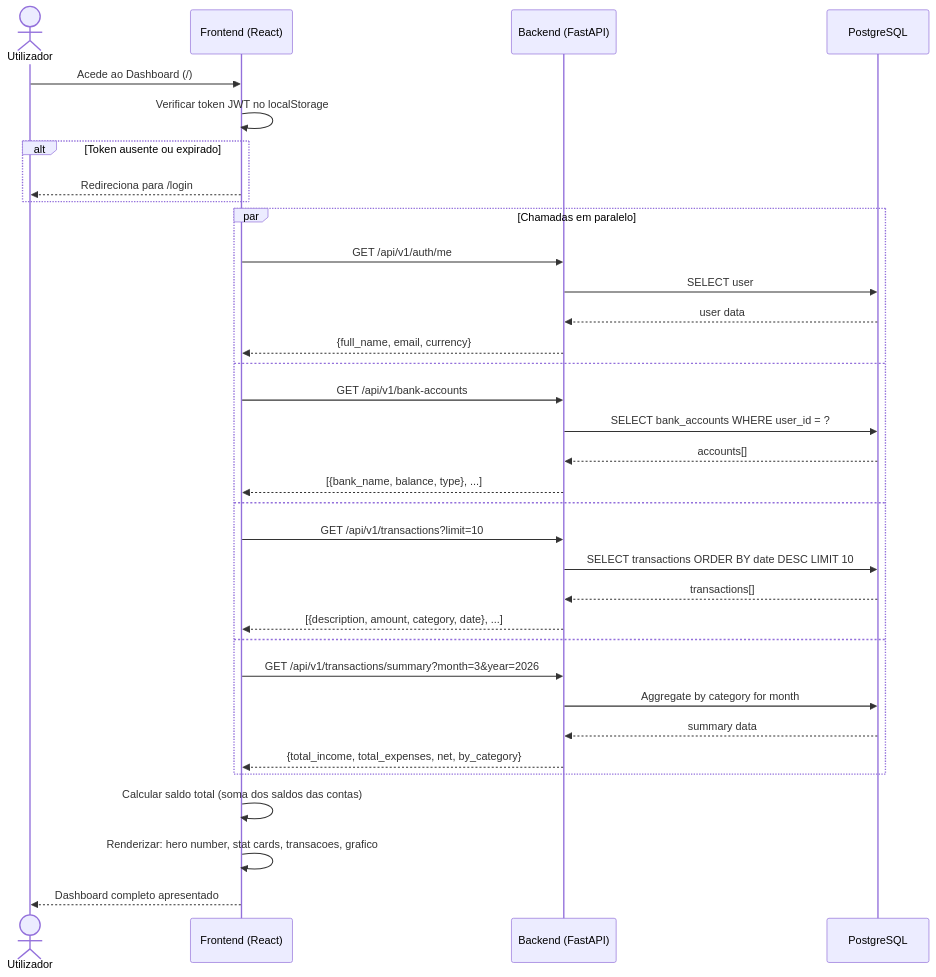
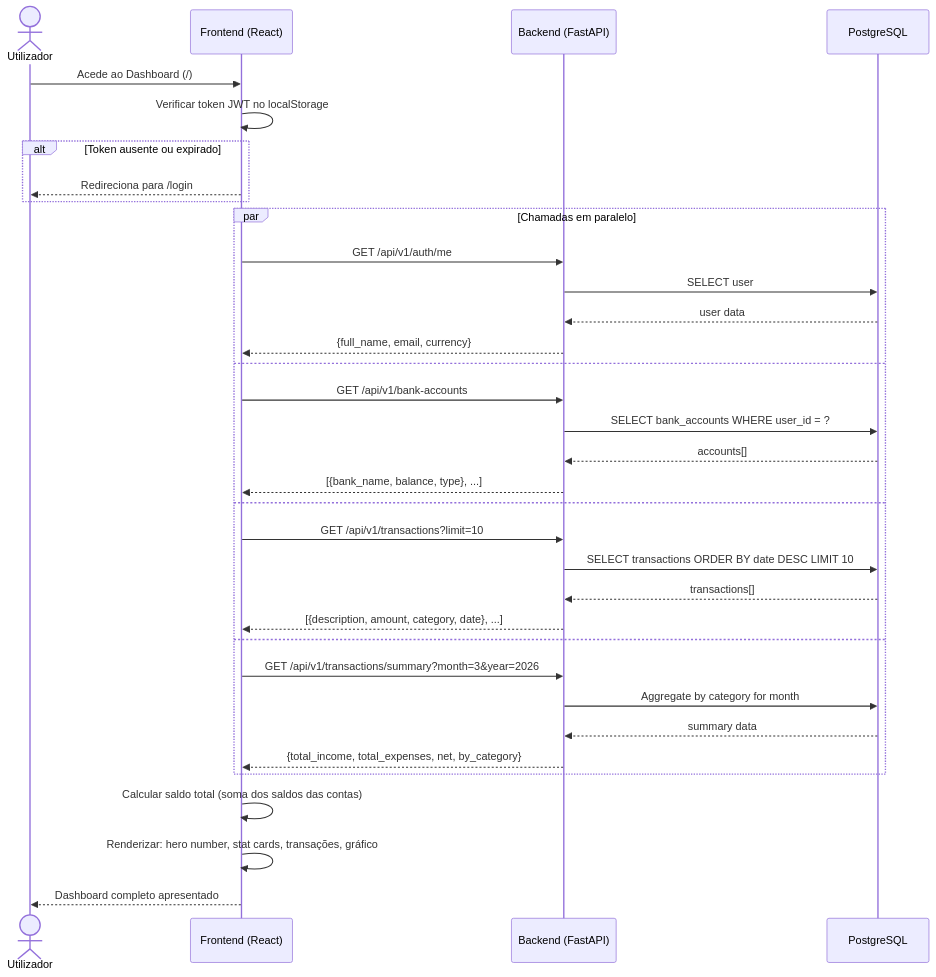
Before and after one commit to henriquelaia/FinTwin: the fourth of 5 diagrams in docs/sprint1/04_diagramas_sequencia.md, drawn with Mermaid. The commit also changed other lines of this file and 11 other files, not shown here.

````diff
--- a/docs/sprint1/04_diagramas_sequencia.md
+++ b/docs/sprint1/04_diagramas_sequencia.md
@@ -132,40 +132,40 @@
 ```mermaid
 sequenceDiagram
     actor U as Utilizador
     participant FE as Frontend (React)
     participant API as Backend (FastAPI)
     participant DB as PostgreSQL
 
     U->>FE: Acede ao Dashboard (/)
     FE->>FE: Verificar token JWT no localStorage
 
     alt Token ausente ou expirado
         FE-->>U: Redireciona para /login
     end
 
     par Chamadas em paralelo
         FE->>API: GET /api/v1/auth/me
         API->>DB: SELECT user
         DB-->>API: user data
         API-->>FE: {full_name, email, currency}
     and
         FE->>API: GET /api/v1/bank-accounts
         API->>DB: SELECT bank_accounts WHERE user_id = ?
         DB-->>API: accounts[]
         API-->>FE: [{bank_name, balance, type}, ...]
     and
         FE->>API: GET /api/v1/transactions?limit=10
         API->>DB: SELECT transactions ORDER BY date DESC LIMIT 10
         DB-->>API: transactions[]
         API-->>FE: [{description, amount, category, date}, ...]
     and
         FE->>API: GET /api/v1/transactions/summary?month=3&year=2026
         API->>DB: Aggregate by category for month
         DB-->>API: summary data
         API-->>FE: {total_income, total_expenses, net, by_category}
     end
 
     FE->>FE: Calcular saldo total (soma dos saldos das contas)
-    FE->>FE: Renderizar: hero number, stat cards, transacoes, grafico
+    FE->>FE: Renderizar: hero number, stat cards, transações, gráfico
     FE-->>U: Dashboard completo apresentado
 ```
````
